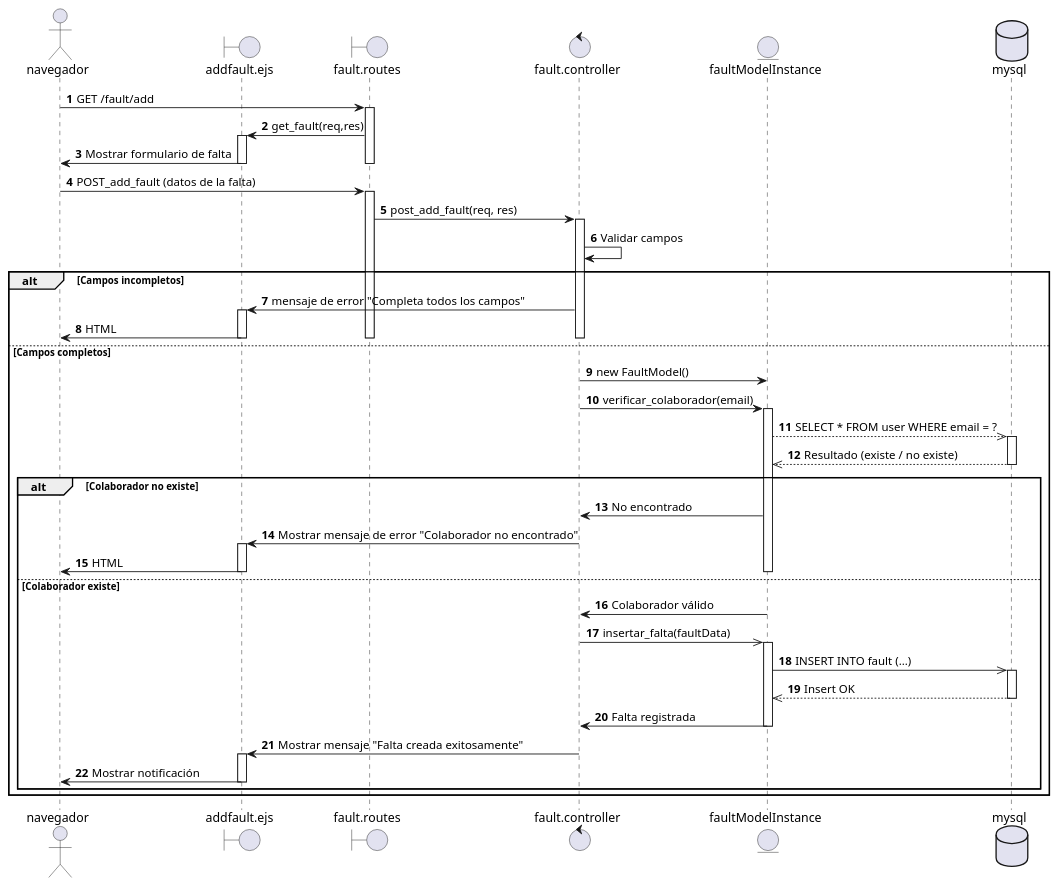
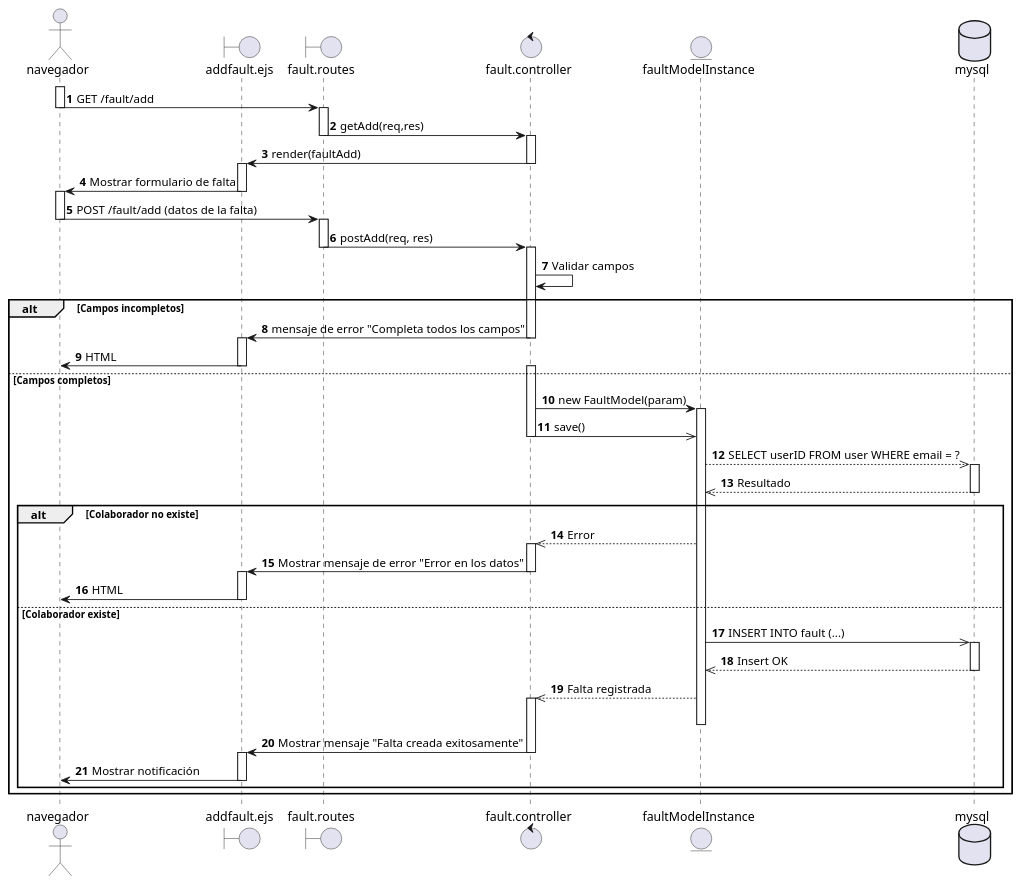
The diagram in diagrams/Casos de Uso/manu req fun/diagramas de secuencia/superadmin agrega falta.puml (EdCanCe/WorkCells), drawn with PlantUML before and after one commit. The commit also changed other lines of this file and 13 other files, not shown here.

Commit message:
diagramas de act casos de uso manu

```diff
--- a/diagrams/Casos de Uso/manu req fun/diagramas de secuencia/superadmin agrega falta.puml
+++ b/diagrams/Casos de Uso/manu req fun/diagramas de secuencia/superadmin agrega falta.puml
@@ -3,85 +1,98 @@
 @startuml
 actor navegador
 boundary addfault.ejs
 boundary fault.routes
 control fault.controller
 entity faultModelInstance
 database mysql
 
 autonumber
 ' Inicio del flujo
+activate navegador
 navegador -> fault.routes : GET /fault/add
+deactivate navegador
+
 activate fault.routes
 
-fault.routes -> addfault.ejs : get_fault(req,res)
+fault.routes -> fault.controller : getAdd(req,res)
+deactivate fault.routes
+activate fault.controller
+fault.controller -> addfault.ejs: render(faultAdd)
+deactivate fault.controller
 activate addfault.ejs
 addfault.ejs -> navegador : Mostrar formulario de falta
 deactivate addfault.ejs
+activate navegador
 deactivate fault.routes
 
 ' Envío de datos de la falta
-navegador -> fault.routes : POST_add_fault (datos de la falta)
+navegador -> fault.routes : POST /fault/add (datos de la falta)
+deactivate navegador
 activate fault.routes
 
-fault.routes -> fault.controller : post_add_fault(req, res)
+fault.routes -> fault.controller : postAdd(req, res)
+deactivate fault.routes
 activate fault.controller
 
 ' Validación de campos
 fault.controller -> fault.controller : Validar campos
 
 alt Campos incompletos
     fault.controller -> addfault.ejs : mensaje de error "Completa todos los campos"
+    deactivate fault.controller    
     activate addfault.ejs
     addfault.ejs -> navegador : HTML
     deactivate addfault.ejs
-    deactivate fault.controller
     deactivate fault.routes
 
 else Campos completos
     ' Crear instancia del modelo
-    fault.controller -> faultModelInstance : new FaultModel()
+    activate fault.controller
+    fault.controller -> faultModelInstance : new FaultModel(param)
 
     ' Verificar si el colaborador existe
-    fault.controller -> faultModelInstance : verificar_colaborador(email)
     activate faultModelInstance
+    fault.controller ->> faultModelInstance : save()
+    deactivate fault.controller
+    
+    
 
-    faultModelInstance -->> mysql : SELECT * FROM user WHERE email = ?
+    faultModelInstance -->> mysql : SELECT userID FROM user WHERE email = ?
     activate mysql
-    mysql -->> faultModelInstance : Resultado (existe / no existe)
+    mysql -->> faultModelInstance : Resultado
+    
     deactivate mysql
 
     alt Colaborador no existe
-        faultModelInstance -> fault.controller : No encontrado
-        fault.controller -> addfault.ejs : Mostrar mensaje de error "Colaborador no encontrado"
+        
+        faultModelInstance -->> fault.controller : Error
+        activate fault.controller
+        fault.controller -> addfault.ejs : Mostrar mensaje de error "Error en los datos"
+        deactivate fault.controller
         activate addfault.ejs
         addfault.ejs -> navegador : HTML
         deactivate addfault.ejs
-        deactivate faultModelInstance
         deactivate fault.controller
         deactivate fault.routes
 
     else Colaborador existe
-        faultModelInstance -> fault.controller : Colaborador válido
-        deactivate faultModelInstance
-
-        ' Insertar la falta usando la instancia
-        fault.controller ->> faultModelInstance : insertar_falta(faultData)
-        activate faultModelInstance
 
         faultModelInstance ->> mysql : INSERT INTO fault (...)
         activate mysql
         mysql -->> faultModelInstance : Insert OK
         deactivate mysql
-        faultModelInstance -> fault.controller : Falta registrada
+        faultModelInstance -->> fault.controller : Falta registrada
+        activate fault.controller
         deactivate faultModelInstance
 
         ' Notificación de éxito
         fault.controller -> addfault.ejs : Mostrar mensaje "Falta creada exitosamente"
+        deactivate fault.controller
         activate addfault.ejs
         addfault.ejs -> navegador : Mostrar notificación
         deactivate addfault.ejs
         deactivate fault.controller
         deactivate fault.routes
     end
 end
 @enduml
```
